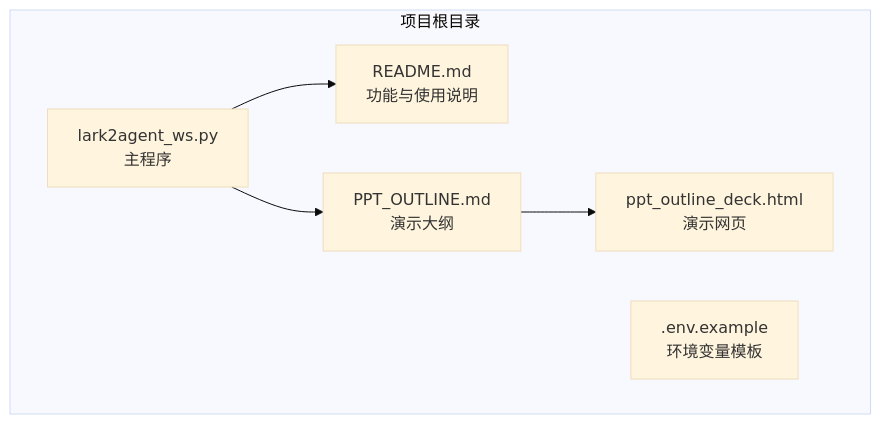
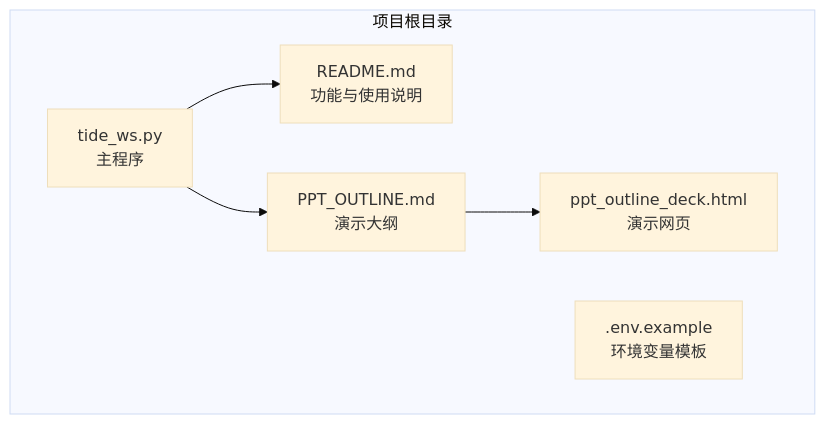
Before and after one commit to winditer/tide: the first of 8 diagrams in .qoder/repowiki/zh/content/核心功能详解/项目和对话管理.md, drawn with Mermaid (base theme). The commit also changed other lines of this file and 260 other files, not shown here.

````diff
--- a/.qoder/repowiki/zh/content/核心功能详解/项目和对话管理.md
+++ b/.qoder/repowiki/zh/content/核心功能详解/项目和对话管理.md
@@ -33,13 +33,13 @@
 ```mermaid
 graph TB
 subgraph "项目根目录"
-A["lark2agent_ws.py<br/>主程序"]
+A["tide_ws.py<br/>主程序"]
 B["README.md<br/>功能与使用说明"]
 C["PPT_OUTLINE.md<br/>演示大纲"]
 D["ppt_outline_deck.html<br/>演示网页"]
 E[".env.example<br/>环境变量模板"]
 end
 A --> B
 A --> C
 C --> D
 ```
````
